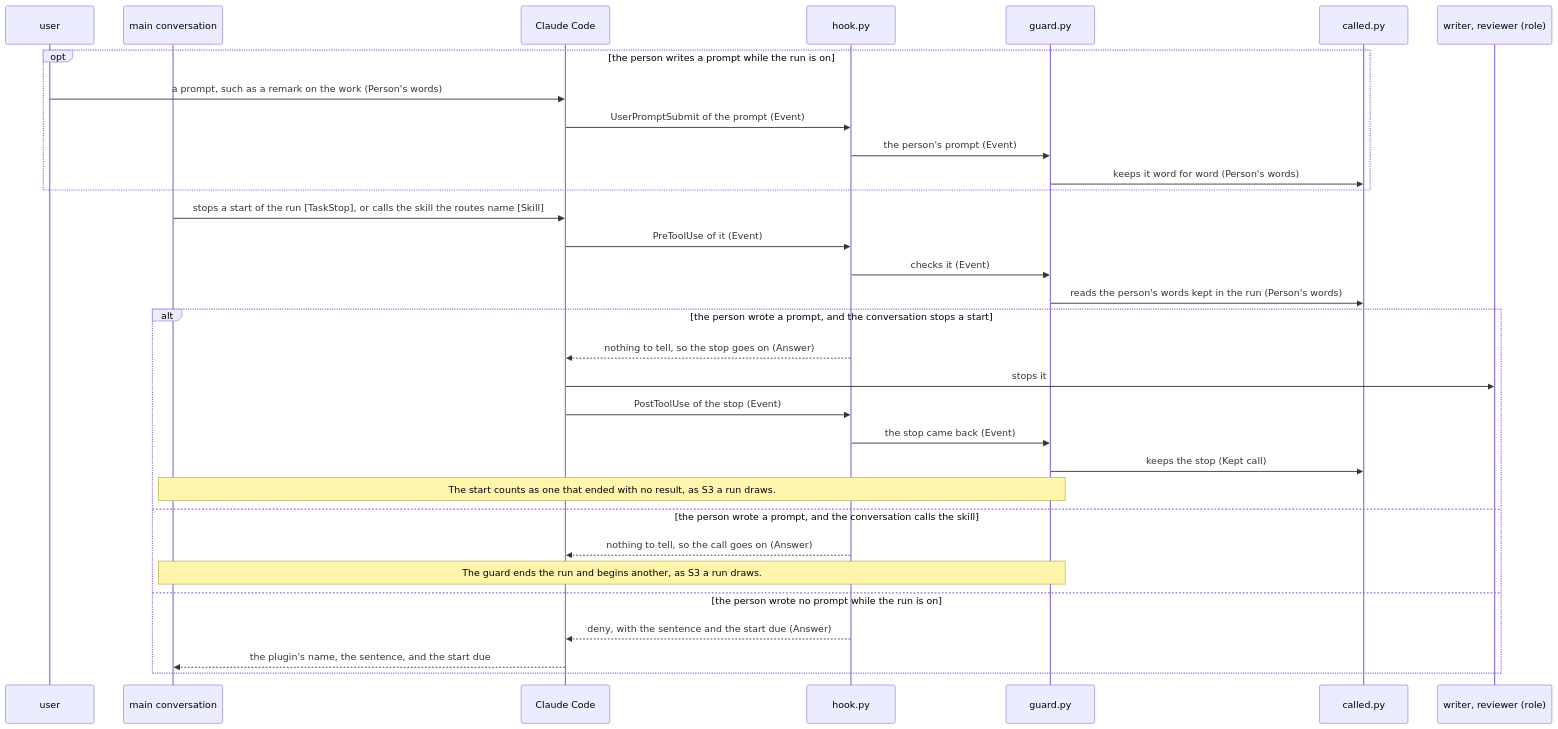
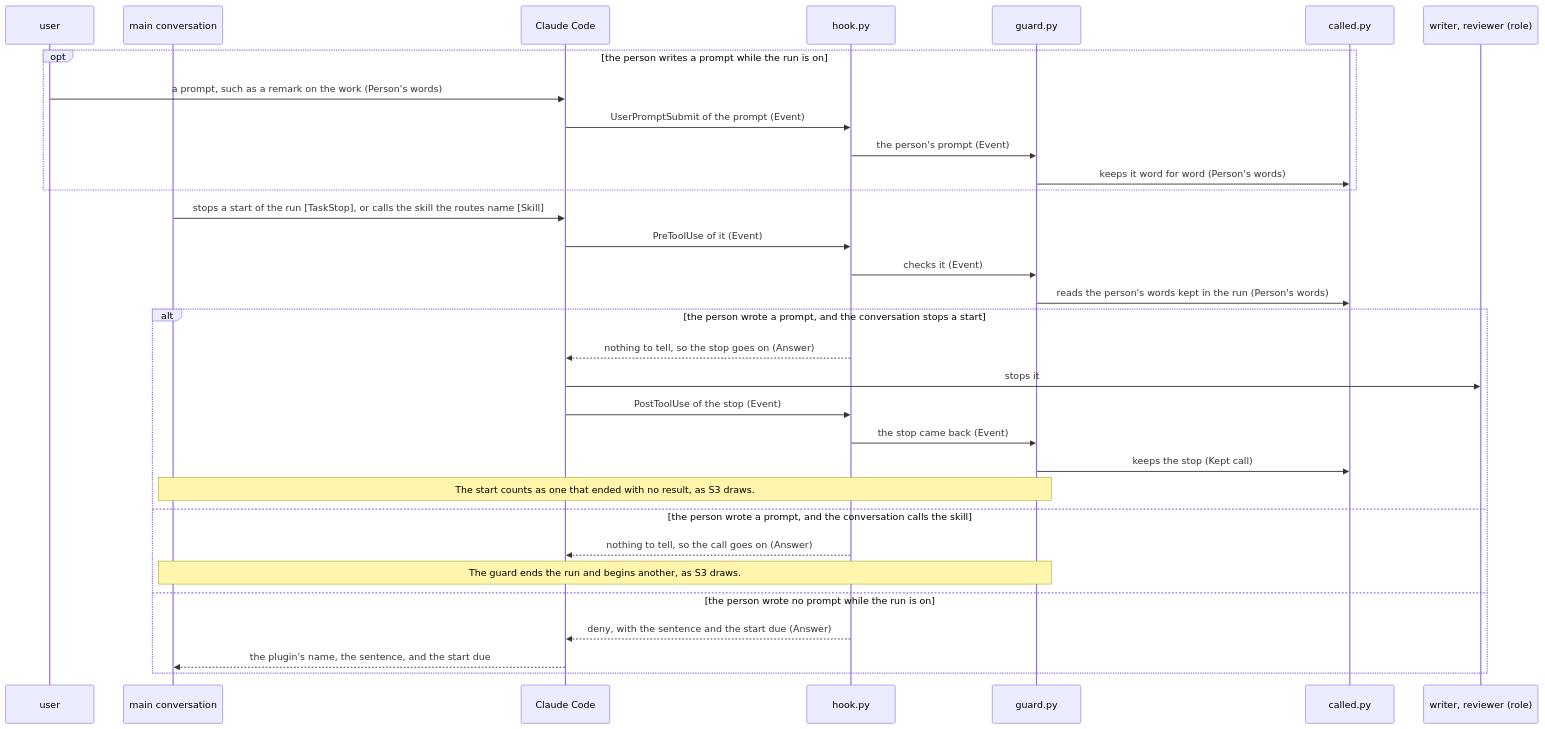
One commit to lovaizu/ccpm changed the fourth of 9 diagrams in dev/lane/architecture.md. Above: the diagram before and after it, drawn with Mermaid. The commit also changed other lines of this file and 2 other files, not shown here.

````diff
--- a/dev/lane/architecture.md
+++ b/dev/lane/architecture.md
@@ -654,34 +521,34 @@
 ```mermaid
 sequenceDiagram
   participant U as user
   participant M as main conversation
   participant CC as Claude Code
   participant H as hook.py
   participant G as guard.py
   participant C as called.py
   participant S as writer, reviewer (role)
   opt the person writes a prompt while the run is on
     U->>CC: a prompt, such as a remark on the work (Person's words)
     CC->>H: UserPromptSubmit of the prompt (Event)
     H->>G: the person's prompt (Event)
     G->>C: keeps it word for word (Person's words)
   end
   M->>CC: stops a start of the run [TaskStop], or calls the skill the routes name [Skill]
   CC->>H: PreToolUse of it (Event)
   H->>G: checks it (Event)
   G->>C: reads the person's words kept in the run (Person's words)
   alt the person wrote a prompt, and the conversation stops a start
     H-->>CC: nothing to tell, so the stop goes on (Answer)
     CC->>S: stops it
     CC->>H: PostToolUse of the stop (Event)
     H->>G: the stop came back (Event)
     G->>C: keeps the stop (Kept call)
-    Note over M,G: The start counts as one that ended with no result, as S3 a run draws.
+    Note over M,G: The start counts as one that ended with no result, as S3 draws.
   else the person wrote a prompt, and the conversation calls the skill
     H-->>CC: nothing to tell, so the call goes on (Answer)
-    Note over M,G: The guard ends the run and begins another, as S3 a run draws.
+    Note over M,G: The guard ends the run and begins another, as S3 draws.
   else the person wrote no prompt while the run is on
     H-->>CC: deny, with the sentence and the start due (Answer)
     CC-->>M: the plugin's name, the sentence, and the start due
   end
 ```
````
